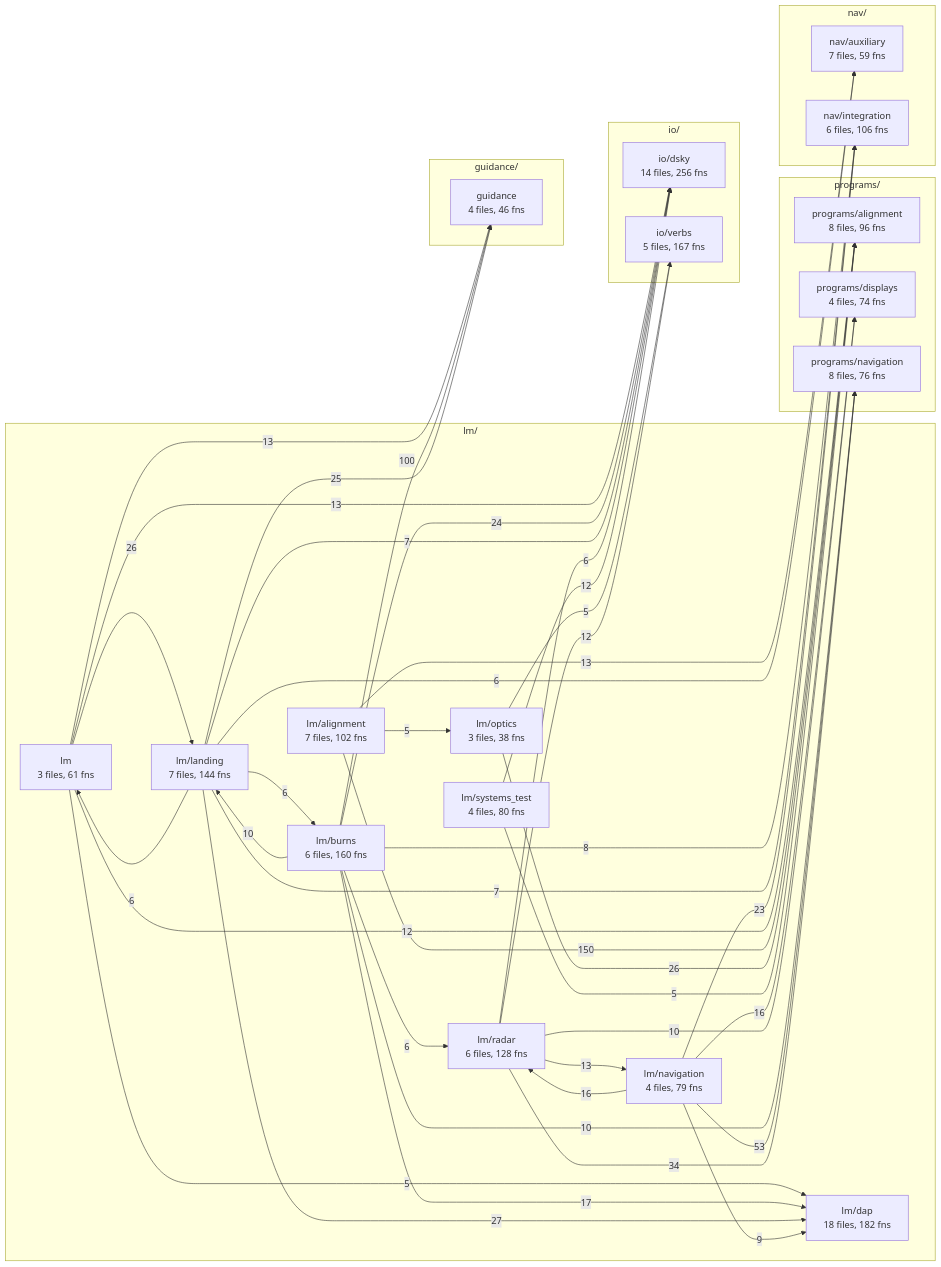
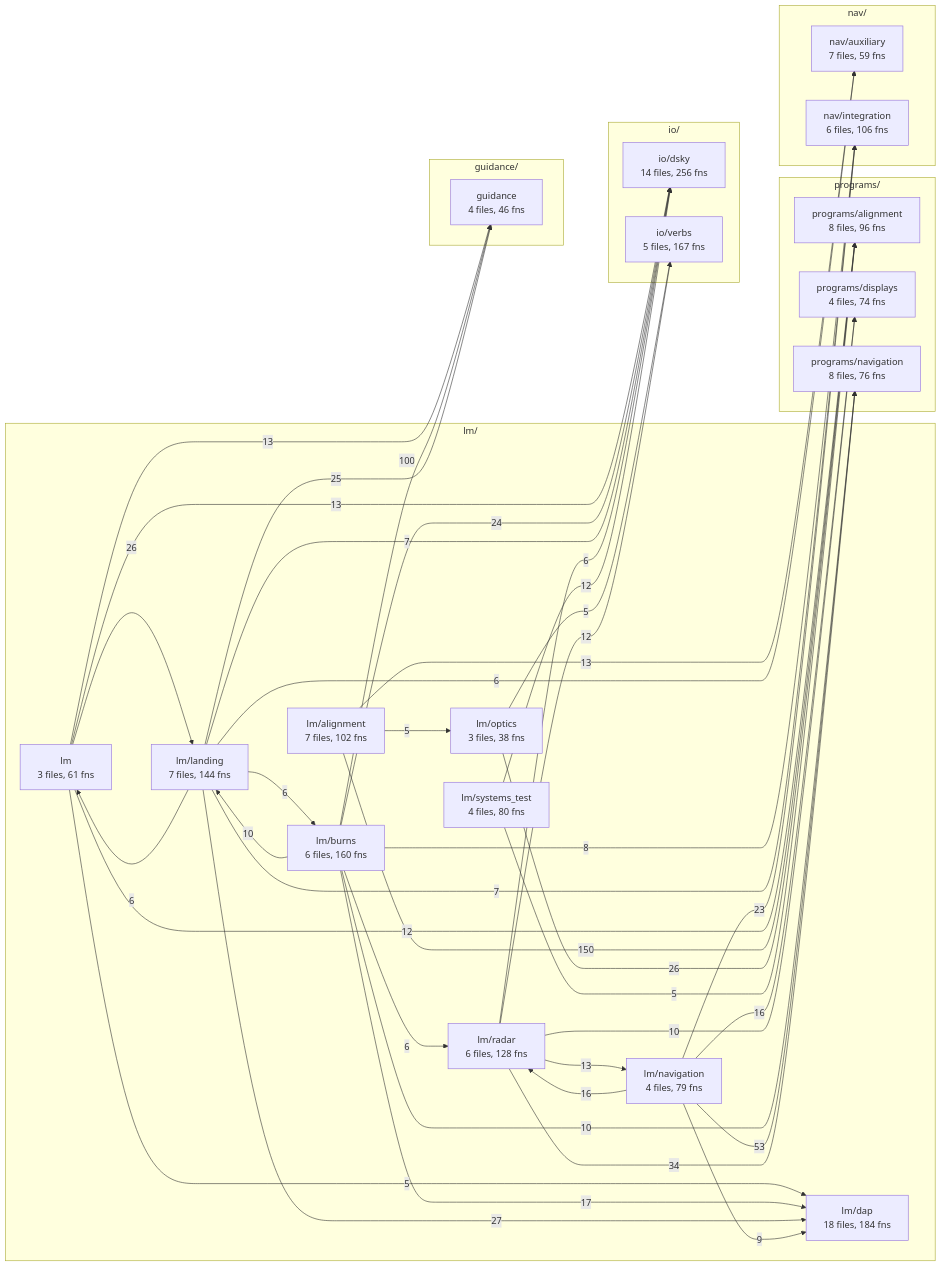
Before and after one commit to bobjoe400/apollo-c: the fourth of 5 diagrams in docs/overview/README.md, drawn with Mermaid. The commit also changed other lines of this file and 52 other files, not shown here.

````diff
--- a/docs/overview/README.md
+++ b/docs/overview/README.md
@@ -458,66 +482,66 @@
 ```mermaid
 flowchart LR
     subgraph lm_layer["lm/"]
         lm["lm<br/>3 files, 61 fns"]
         lm_alignment["lm/alignment<br/>7 files, 102 fns"]
         lm_burns["lm/burns<br/>6 files, 160 fns"]
-        lm_dap["lm/dap<br/>18 files, 182 fns"]
+        lm_dap["lm/dap<br/>18 files, 184 fns"]
         lm_landing["lm/landing<br/>7 files, 144 fns"]
         lm_navigation["lm/navigation<br/>4 files, 79 fns"]
         lm_optics["lm/optics<br/>3 files, 38 fns"]
         lm_radar["lm/radar<br/>6 files, 128 fns"]
         lm_systems_test["lm/systems_test<br/>4 files, 80 fns"]
     end
     subgraph programs_layer["programs/"]
         programs_alignment["programs/alignment<br/>8 files, 96 fns"]
         programs_displays["programs/displays<br/>4 files, 74 fns"]
         programs_navigation["programs/navigation<br/>8 files, 76 fns"]
     end
     subgraph guidance_layer["guidance/"]
         guidance["guidance<br/>4 files, 46 fns"]
     end
     subgraph io_layer["io/"]
         io_dsky["io/dsky<br/>14 files, 256 fns"]
         io_verbs["io/verbs<br/>5 files, 167 fns"]
     end
     subgraph nav_layer["nav/"]
         nav_auxiliary["nav/auxiliary<br/>7 files, 59 fns"]
         nav_integration["nav/integration<br/>6 files, 106 fns"]
     end
     lm -->|13| guidance
     lm -->|13| io_dsky
     lm -->|5| lm_dap
     lm -->|26| lm_landing
     lm -->|12| programs_alignment
     lm_alignment -->|5| lm_optics
     lm_alignment -->|13| nav_auxiliary
     lm_alignment -->|150| programs_alignment
     lm_burns -->|100| guidance
     lm_burns -->|24| io_dsky
     lm_burns -->|17| lm_dap
     lm_burns -->|10| lm_landing
     lm_burns -->|6| lm_radar
     lm_burns -->|8| nav_integration
     lm_burns -->|10| programs_navigation
     lm_landing -->|25| guidance
     lm_landing -->|7| io_dsky
     lm_landing -->|6| lm
     lm_landing -->|6| lm_burns
     lm_landing -->|27| lm_dap
     lm_landing -->|6| nav_auxiliary
     lm_landing -->|7| nav_integration
     lm_navigation -->|9| lm_dap
     lm_navigation -->|16| lm_radar
     lm_navigation -->|23| nav_integration
     lm_navigation -->|16| programs_displays
     lm_navigation -->|53| programs_navigation
     lm_optics -->|5| io_verbs
     lm_optics -->|26| programs_alignment
     lm_radar -->|6| io_dsky
     lm_radar -->|12| io_verbs
     lm_radar -->|13| lm_navigation
     lm_radar -->|10| programs_displays
     lm_radar -->|34| programs_navigation
     lm_systems_test -->|12| io_dsky
     lm_systems_test -->|5| programs_alignment
 ```
````
